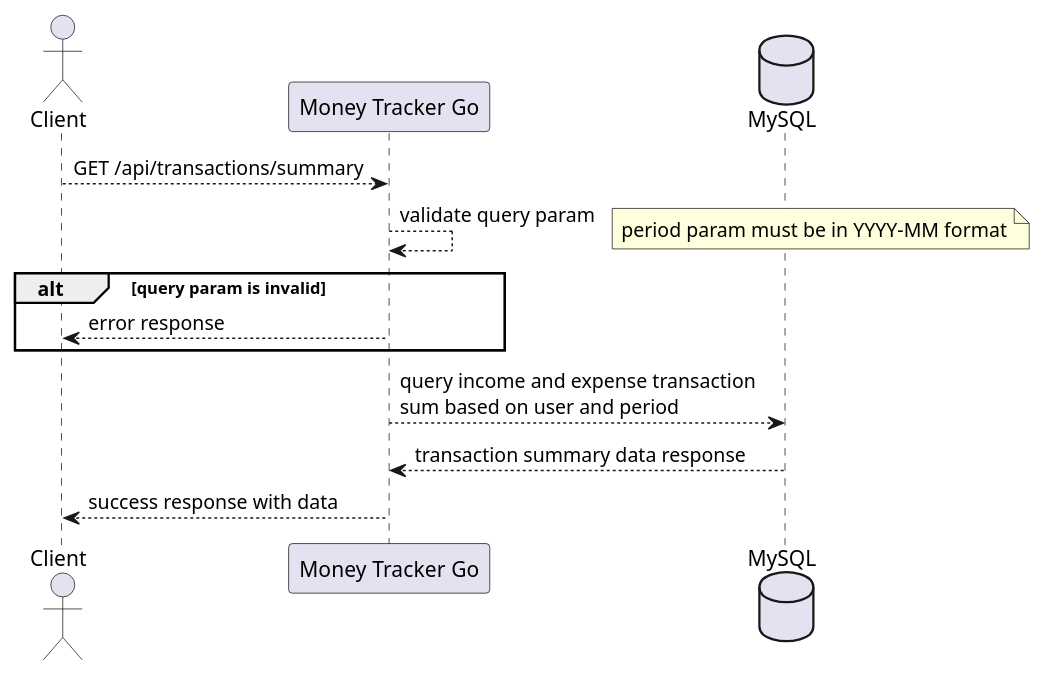
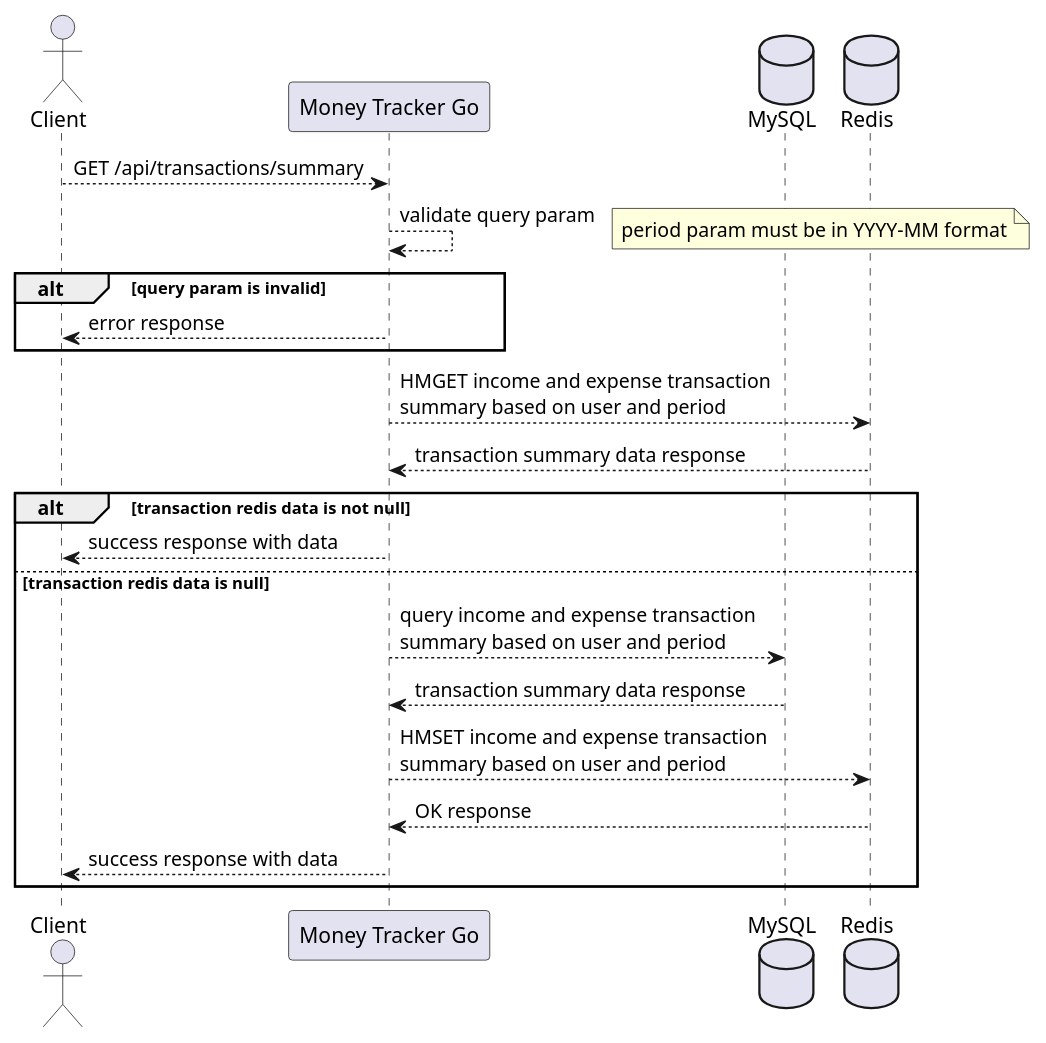
Before and after one commit to ertantorizkyf/money-tracker-go: the diagram in docs/diagrams/sequence/transaction/get_transaction_summary.puml, drawn with PlantUML. The commit also changed 4 other files, not shown here.

Commit message:
Implement redis for transaction summary by period

```diff
--- a/docs/diagrams/sequence/transaction/get_transaction_summary.puml
+++ b/docs/diagrams/sequence/transaction/get_transaction_summary.puml
@@ -1,19 +1,28 @@
 @startuml Get Transaction Summary
 
 actor "Client" as client
 participant "Money Tracker Go" as server
 database "MySQL" as db
+database "Redis" as redis
 
 client --> server : GET /api/transactions/summary
 server --> server : validate query param
 note right
   period param must be in YYYY-MM format
 end note
 alt query param is invalid
   server --> client : error response
 end
-server --> db : query income and expense transaction \nsum based on user and period
-db --> server : transaction summary data response
-server --> client : success response with data
+server --> redis : HMGET income and expense transaction \nsummary based on user and period
+redis --> server : transaction summary data response
+alt transaction redis data is not null
+  server --> client : success response with data
+else transaction redis data is null
+  server --> db : query income and expense transaction \nsummary based on user and period
+  db --> server : transaction summary data response
+  server --> redis : HMSET income and expense transaction \nsummary based on user and period
+  redis --> server : OK response
+  server --> client : success response with data
+end
 
 @enduml
```
